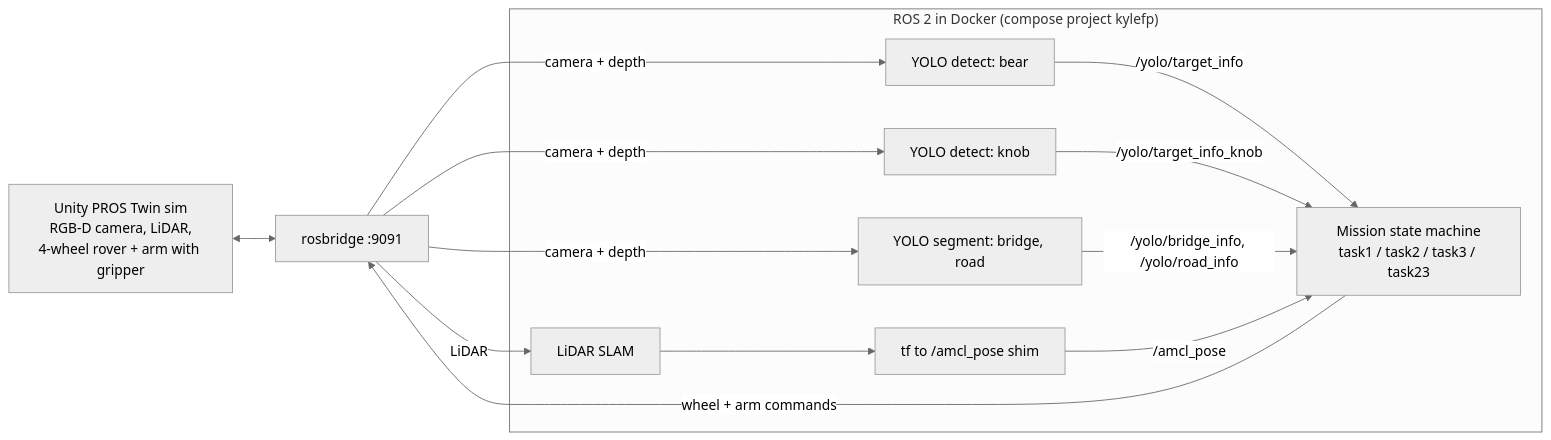
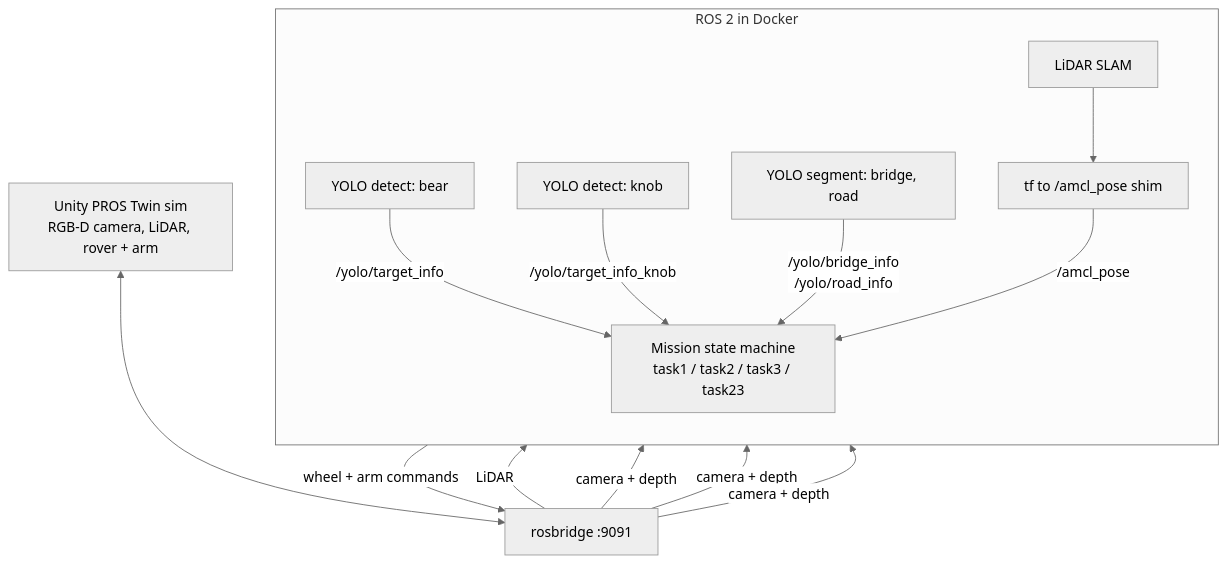
Before and after one commit to kylevirtuous1211/Robot-navigation-projects: the first of 4 diagrams in Final_Project/README.md, drawn with Mermaid (neutral theme). The commit also changed other lines of this file, not shown here.

First line of the commit message:
docs(Final_Project): lay out the diagrams top-down so they stay readable

````diff
--- a/Final_Project/README.md
+++ b/Final_Project/README.md
@@ -16,21 +16,21 @@
 ```mermaid
-flowchart LR
-  unity["Unity PROS Twin sim<br/>RGB-D camera, LiDAR,<br/>4-wheel rover + arm with gripper"]
+flowchart TB
+  unity["Unity PROS Twin sim<br/>RGB-D camera, LiDAR, rover + arm"]
   bridge["rosbridge :9091"]
-  subgraph ros["ROS 2 in Docker (compose project kylefp)"]
-    slam["LiDAR SLAM"]
-    shim["tf to /amcl_pose shim"]
+  unity <--> bridge
+  subgraph ros["ROS 2 in Docker"]
+    direction TB
+    slam["LiDAR SLAM"] --> shim["tf to /amcl_pose shim"]
     bear["YOLO detect: bear"]
     knob["YOLO detect: knob"]
     seg["YOLO segment: bridge, road"]
     mission["Mission state machine<br/>task1 / task2 / task3 / task23"]
+    bear -- "/yolo/target_info" --> mission
+    knob -- "/yolo/target_info_knob" --> mission
+    seg -- "/yolo/bridge_info<br/>/yolo/road_info" --> mission
+    shim -- "/amcl_pose" --> mission
   end
-  unity <--> bridge
-  bridge -- "LiDAR" --> slam --> shim
+  bridge -- "LiDAR" --> slam
   bridge -- "camera + depth" --> bear & knob & seg
-  bear -- "/yolo/target_info" --> mission
-  knob -- "/yolo/target_info_knob" --> mission
-  seg -- "/yolo/bridge_info, /yolo/road_info" --> mission
-  shim -- "/amcl_pose" --> mission
   mission -- "wheel + arm commands" --> bridge
 ```
````
